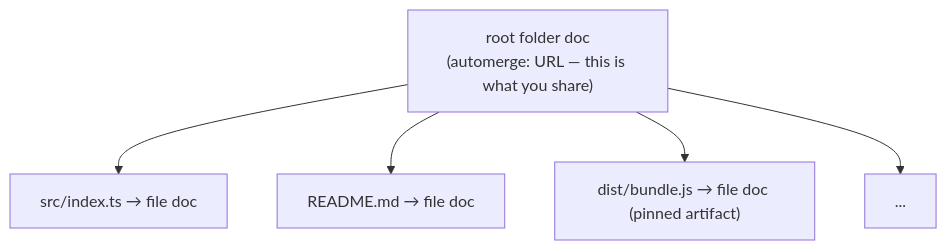
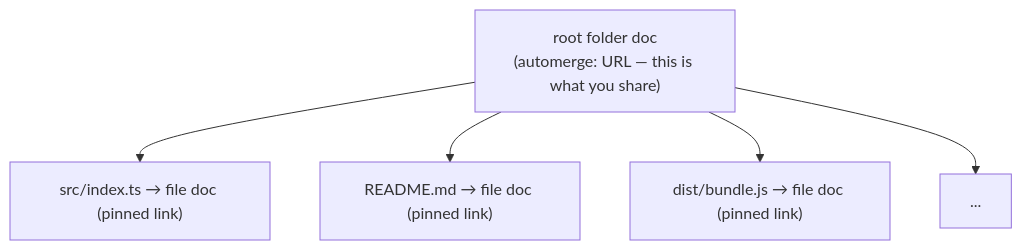
One commit to inkandswitch/pushwork changed the first of 2 diagrams in README.md. Above: the diagram before and after it, drawn with Mermaid. The commit also changed other lines of this file and 13 other files, not shown here.

````diff
--- a/README.md
+++ b/README.md
@@ -225,8 +229,8 @@
 ```mermaid
 graph TD
     A["root folder doc<br/>(automerge: URL — this is what you share)"]
-    A --> B["src/index.ts → file doc"]
-    A --> C["README.md → file doc"]
-    A --> D["dist/bundle.js → file doc (pinned artifact)"]
+    A --> B["src/index.ts → file doc (pinned link)"]
+    A --> C["README.md → file doc (pinned link)"]
+    A --> D["dist/bundle.js → file doc (pinned link)"]
     A --> E["..."]
 ```
````
